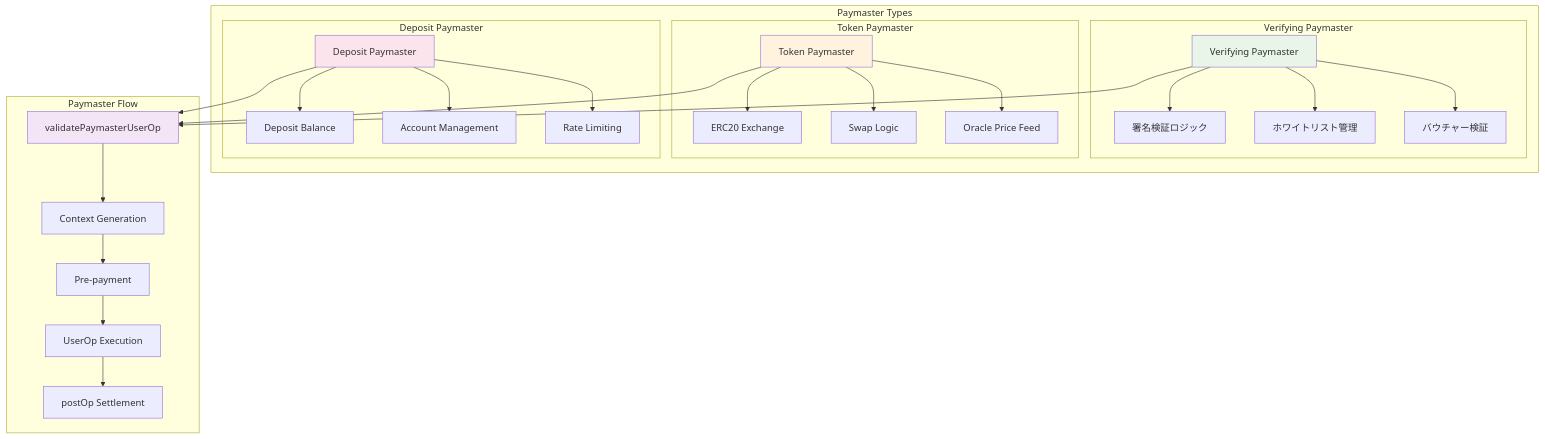
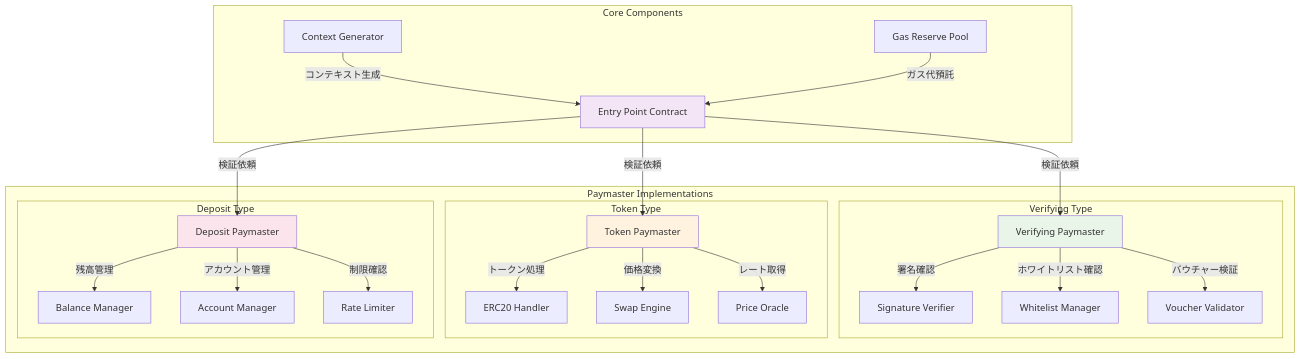
One commit to TMdiesel/dapps changed the third of 7 diagrams in aa/.serena/memories/research/aa_components_detailed.md. Above: the diagram before and after it, drawn with Mermaid. The commit also changed other lines of this file and 1 other file, not shown here.

Commit message:
feat: Add Mermaid design rules and improve Account Abstraction documentation

````diff
--- a/aa/.serena/memories/research/aa_components_detailed.md
+++ b/aa/.serena/memories/research/aa_components_detailed.md
@@ -151,46 +107,55 @@
 ```mermaid
 graph TD
-    subgraph "Paymaster Types"
-        subgraph "Verifying Paymaster"
-            VP[Verifying Paymaster]
-            VP --> VPS[署名検証ロジック]
-            VP --> VPW[ホワイトリスト管理]
-            VP --> VPV[バウチャー検証]
+    subgraph "Paymaster Implementations"
+        subgraph "Verifying Type"
+            VERIFY_PM[Verifying Paymaster]
+            SIG_VERIFIER[Signature Verifier]
+            WHITELIST_MGR[Whitelist Manager]
+            VOUCHER_VAL[Voucher Validator]
         end
         
-        subgraph "Token Paymaster"  
-            TP[Token Paymaster]
-            TP --> TPE[ERC20 Exchange]
-            TP --> TPS[Swap Logic]
-            TP --> TPO[Oracle Price Feed]
+        subgraph "Token Type"  
+            TOKEN_PM[Token Paymaster]
+            ERC20_HANDLER[ERC20 Handler]
+            SWAP_ENGINE[Swap Engine]
+            PRICE_ORACLE[Price Oracle]
         end
         
-        subgraph "Deposit Paymaster"
-            DP[Deposit Paymaster]
-            DP --> DPB[Deposit Balance]
-            DP --> DPA[Account Management]
-            DP --> DPR[Rate Limiting]
+        subgraph "Deposit Type"
+            DEPOSIT_PM[Deposit Paymaster]
+            BALANCE_MGR[Balance Manager]
+            ACCOUNT_MGR[Account Manager]
+            RATE_LIMITER[Rate Limiter]
         end
     end
     
-    subgraph "Paymaster Flow"
-        VALIDATE[validatePaymasterUserOp]
-        CONTEXT[Context Generation]
-        PREPAY[Pre-payment]
-        EXECUTE[UserOp Execution]
-        POSTOP[postOp Settlement]
+    subgraph "Core Components"
+        ENTRY_POINT_REF[Entry Point Contract]
+        GAS_RESERVE[Gas Reserve Pool]
+        CONTEXT_GEN[Context Generator]
     end
     
-    VP --> VALIDATE
-    TP --> VALIDATE
-    DP --> VALIDATE
-    VALIDATE --> CONTEXT
-    CONTEXT --> PREPAY
-    PREPAY --> EXECUTE
-    EXECUTE --> POSTOP
+    VERIFY_PM -->|署名確認| SIG_VERIFIER
+    VERIFY_PM -->|ホワイトリスト確認| WHITELIST_MGR
+    VERIFY_PM -->|バウチャー検証| VOUCHER_VAL
     
-    style VP fill:#e8f5e8
-    style TP fill:#fff3e0
-    style DP fill:#fce4ec
-    style VALIDATE fill:#f3e5f5
+    TOKEN_PM -->|トークン処理| ERC20_HANDLER
+    TOKEN_PM -->|価格変換| SWAP_ENGINE
+    TOKEN_PM -->|レート取得| PRICE_ORACLE
+    
+    DEPOSIT_PM -->|残高管理| BALANCE_MGR
+    DEPOSIT_PM -->|アカウント管理| ACCOUNT_MGR
+    DEPOSIT_PM -->|制限確認| RATE_LIMITER
+    
+    ENTRY_POINT_REF -->|検証依頼| VERIFY_PM
+    ENTRY_POINT_REF -->|検証依頼| TOKEN_PM
+    ENTRY_POINT_REF -->|検証依頼| DEPOSIT_PM
+    
+    CONTEXT_GEN -->|コンテキスト生成| ENTRY_POINT_REF
+    GAS_RESERVE -->|ガス代預託| ENTRY_POINT_REF
+    
+    style VERIFY_PM fill:#e8f5e8
+    style TOKEN_PM fill:#fff3e0
+    style DEPOSIT_PM fill:#fce4ec
+    style ENTRY_POINT_REF fill:#f3e5f5
 ```
````
